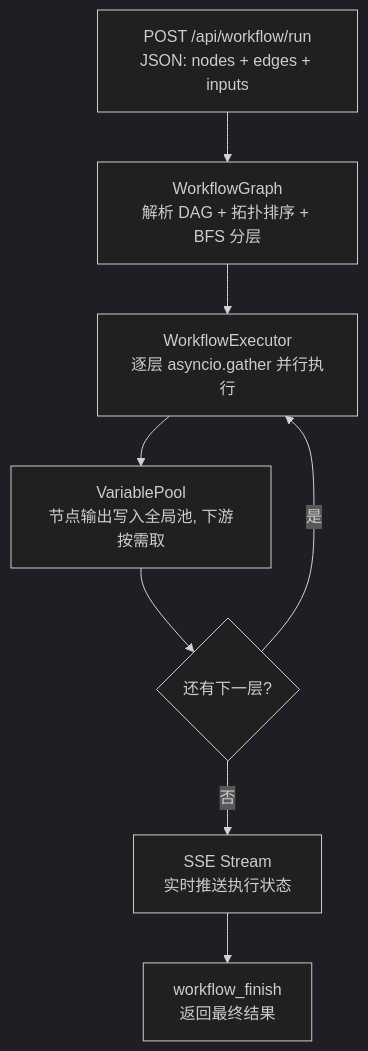
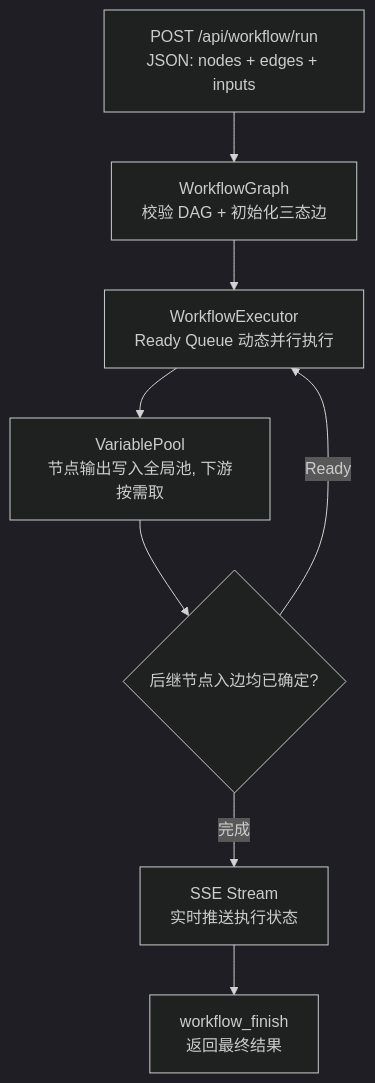
The diagram in README.md (iluv7/DiegoC-workflow), drawn with Mermaid (dark theme) before and after one commit. The commit also changed other lines of this file and 17 other files, not shown here.

````diff
--- a/README.md
+++ b/README.md
@@ -13,10 +14,10 @@
 ```mermaid
 flowchart TD
-    A["POST /api/workflow/run<br/>JSON: nodes + edges + inputs"] --> B["WorkflowGraph<br/>解析 DAG + 拓扑排序 + BFS 分层"]
-    B --> C["WorkflowExecutor<br/>逐层 asyncio.gather 并行执行"]
+    A["POST /api/workflow/run<br/>JSON: nodes + edges + inputs"] --> B["WorkflowGraph<br/>校验 DAG + 初始化三态边"]
+    B --> C["WorkflowExecutor<br/>Ready Queue 动态并行执行"]
     C --> D["VariablePool<br/>节点输出写入全局池, 下游按需取"]
-    D --> E{"还有下一层?"}
-    E -->|是| C
-    E -->|否| F["SSE Stream<br/>实时推送执行状态"]
+    D --> E{"后继节点入边均已确定?"}
+    E -->|Ready| C
+    E -->|完成| F["SSE Stream<br/>实时推送执行状态"]
     F --> G["workflow_finish<br/>返回最终结果"]
 ```
````
